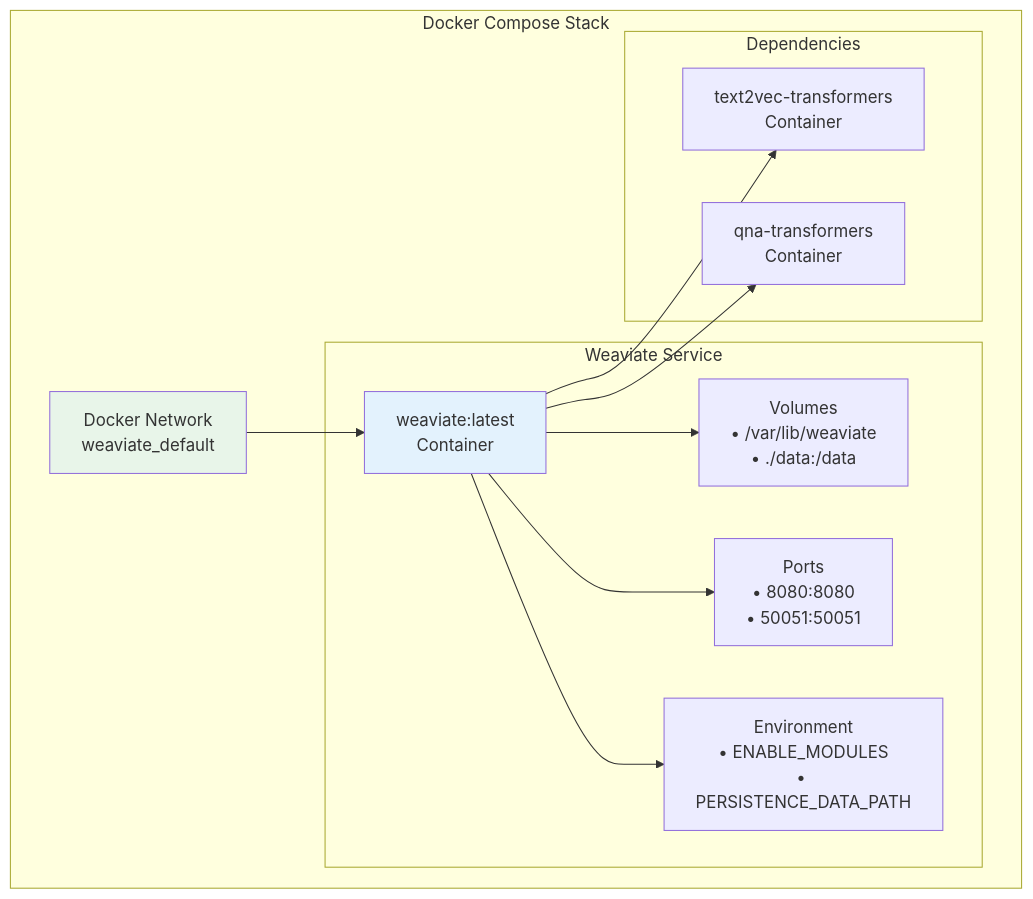
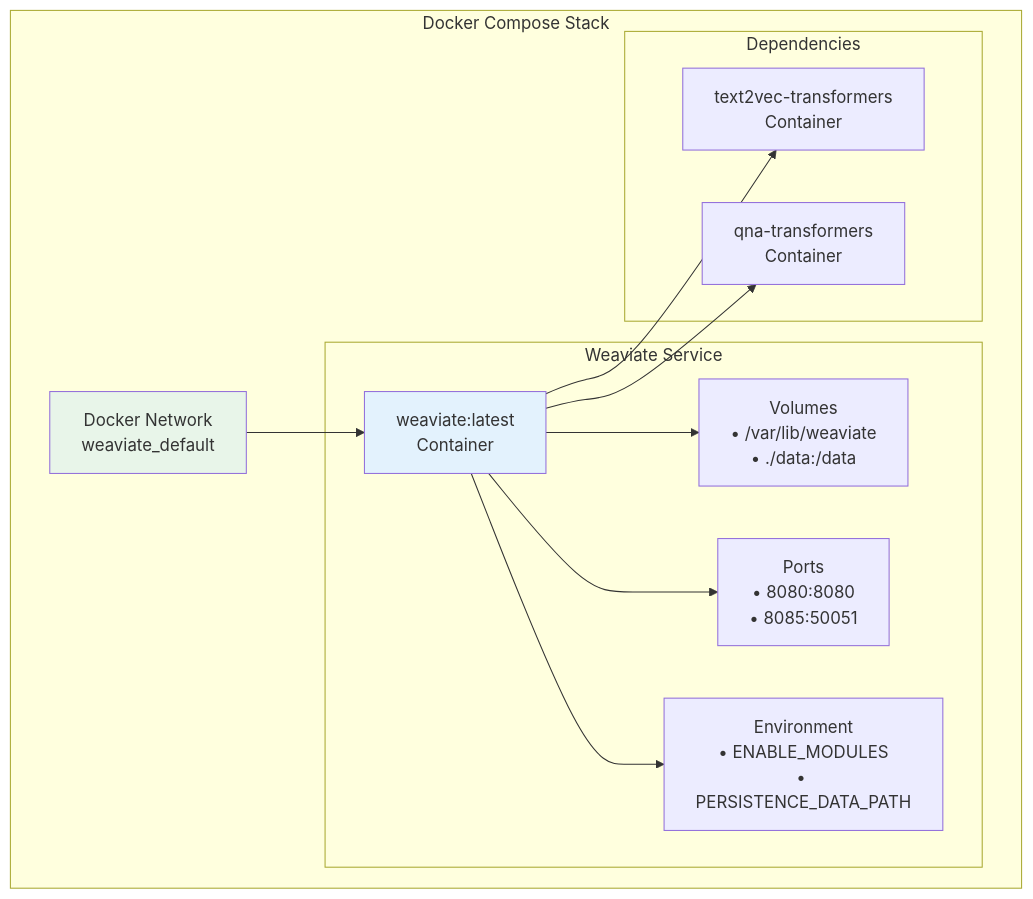
The tenth of 12 diagrams in docs/explanation/architecture/WEAVIATE_INTEGRATION.md (pwr-ai/JuDDGES), drawn with Mermaid before and after one commit. The commit also changed other lines of this file and 26 other files, not shown here.

````diff
--- a/docs/explanation/architecture/WEAVIATE_INTEGRATION.md
+++ b/docs/explanation/architecture/WEAVIATE_INTEGRATION.md
@@ -335,28 +335,28 @@
 ```mermaid
 graph TB
     subgraph "Docker Compose Stack"
         Network["Docker Network<br/>weaviate_default"]
 
         subgraph "Weaviate Service"
             Container["weaviate:latest<br/>Container"]
             Volumes["Volumes<br/>• /var/lib/weaviate<br/>• ./data:/data"]
-            Ports["Ports<br/>• 8080:8080<br/>• 50051:50051"]
+            Ports["Ports<br/>• 8080:8080<br/>• 8085:50051"]
             Env["Environment<br/>• ENABLE_MODULES<br/>• PERSISTENCE_DATA_PATH"]
         end
 
         subgraph "Dependencies"
             T2V["text2vec-transformers<br/>Container"]
             QnAModule["qna-transformers<br/>Container"]
         end
     end
 
     Network --> Container
     Container --> Volumes
     Container --> Ports
     Container --> Env
     Container --> T2V
     Container --> QnAModule
 
     style Network fill:#e8f5e9
     style Container fill:#e3f2fd
 ```
````
